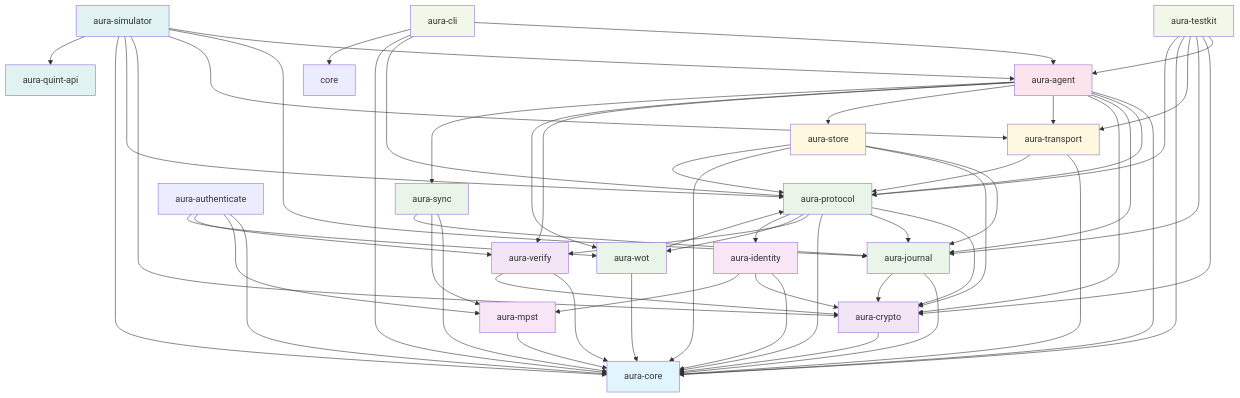
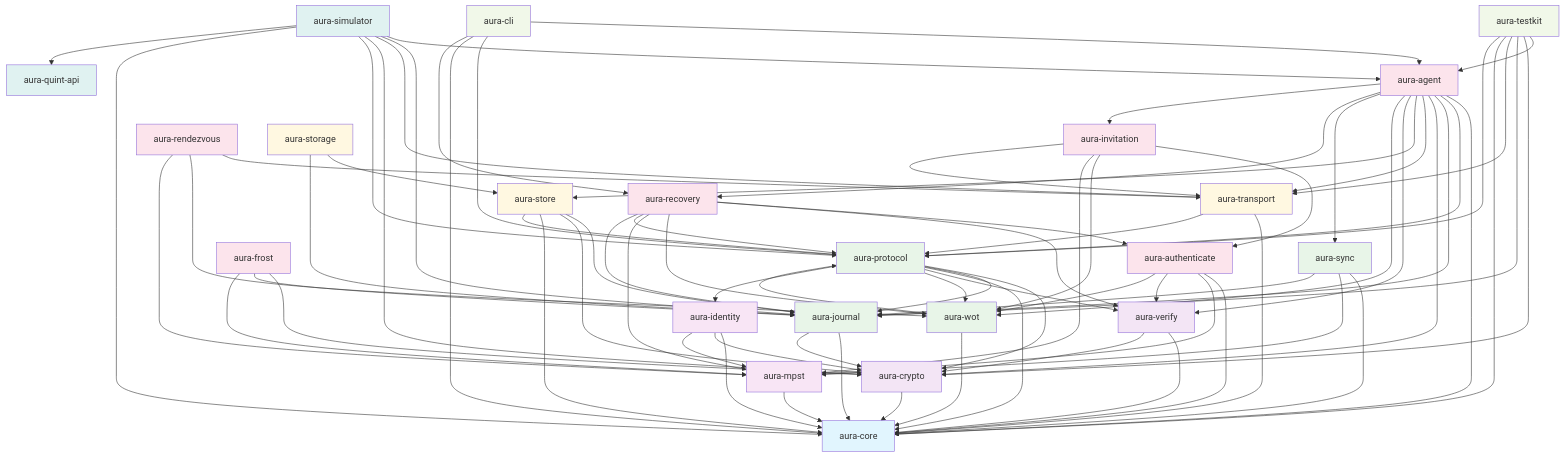
The diagram in docs/999_crate_wiring.md (hxrts/aura), drawn with Mermaid before and after one commit. The commit also changed other lines of this file and 116 other files, not shown here.

```diff
--- a/docs/999_crate_wiring.md
+++ b/docs/999_crate_wiring.md
@@ -27,11 +55,18 @@
     transport[aura-transport]
     store[aura-store]
 
-    %% Authentication
+    %% Authentication & Recovery
     auth[aura-authenticate]
+    recovery[aura-recovery]
+    invitation[aura-invitation]
+    frost[aura-frost]
+
+    %% Peer Discovery
+    rendezvous[aura-rendezvous]
 
     %% Application Layer
     agent[aura-agent]
+    storage[aura-storage]
 
     %% Development Tools
     testkit[aura-testkit]
@@ -72,6 +107,24 @@
     auth --> mpst
     auth --> verify
     auth --> wot
+    recovery --> auth
+    recovery --> verify
+    recovery --> wot
+    recovery --> mpst
+    recovery --> protocol
+    recovery --> journal
+    invitation --> auth
+    invitation --> wot
+    invitation --> mpst
+    invitation --> transport
+    frost --> crypto
+    frost --> journal
+    frost --> mpst
+    rendezvous --> transport
+    rendezvous --> wot
+    rendezvous --> mpst
+    storage --> store
+    storage --> journal
     agent --> types
     agent --> protocol
     agent --> journal
@@ -81,6 +134,8 @@
     agent --> verify
     agent --> wot
     agent --> sync
+    agent --> recovery
+    agent --> invitation
     testkit --> agent
     testkit --> crypto
     testkit --> journal
@@ -90,7 +145,7 @@
     cli --> agent
     cli --> protocol
     cli --> types
-    cli --> core
+    cli --> recovery
     simulator --> agent
     simulator --> journal
     simulator --> transport
@@ -113,8 +168,8 @@
     class crypto,verify crypto
     class mpst,identity types
     class journal,protocol,wot,sync protocol
-    class transport,store storage
-    class auth auth
+    class transport,store,storage storage
+    class auth,recovery,invitation,frost,rendezvous app
     class agent app
     class testkit,cli dev
     class aura_quint_api,simulator sim
```
